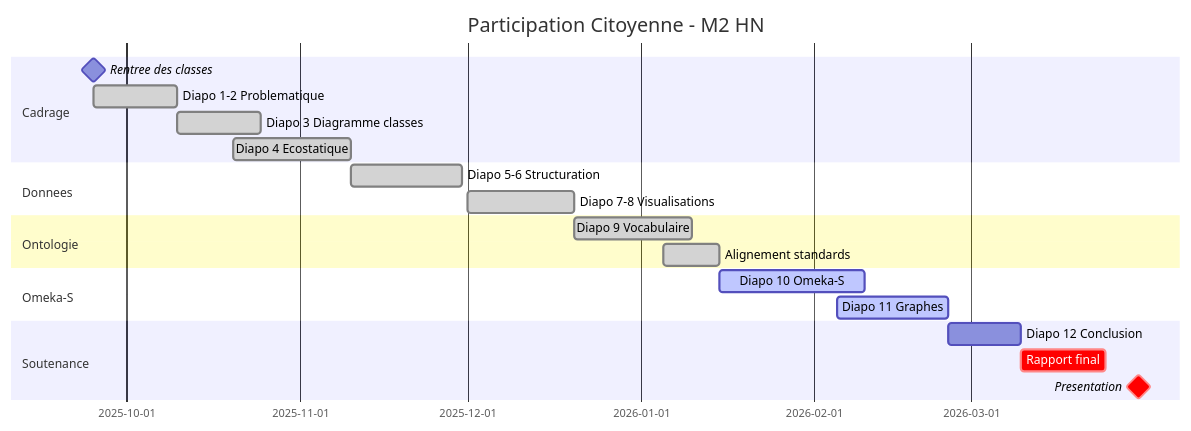
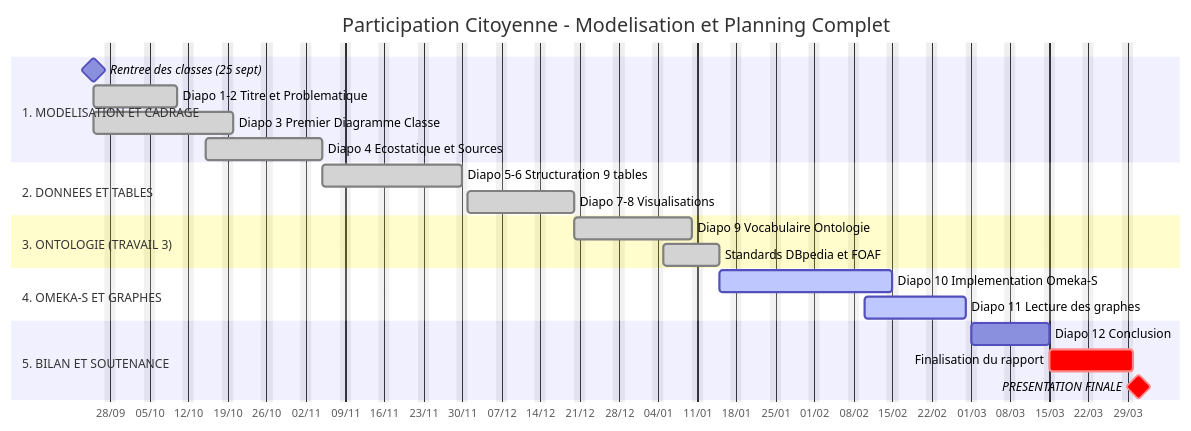
One commit to kahiarchi/LeBatiment_PlaineSaintDenis changed the diagram in etatAvancement.md. Above: the diagram before and after it, drawn with Mermaid.

````diff
--- a/etatAvancement.md
+++ b/etatAvancement.md
@@ -1,30 +1,33 @@
 ```mermaid
 gantt
     dateFormat  YYYY-MM-DD
-    title Participation Citoyenne - M2 HN
-    
-    section Cadrage
-    Rentree des classes         :milestone, m1, 2025-09-25, 0d
-    Diapo 1-2 Problematique     :done, t1, 2025-09-25, 2025-10-10
-    Diapo 3 Diagramme classes   :done, t2, 2025-10-10, 2025-10-25
-    Diapo 4 Ecostatique         :done, t3, 2025-10-20, 2025-11-10
+    title Participation Citoyenne - Modelisation et Planning Complet
+    axisFormat  %d/%m
+    tickInterval 1week
+    excludes    weekends
 
-    section Donnees
-    Diapo 5-6 Structuration     :done, t4, 2025-11-10, 2025-11-30
-    Diapo 7-8 Visualisations    :done, t5, 2025-12-01, 2025-12-20
+    section 1. MODELISATION ET CADRAGE
+    Rentree des classes (25 sept)    :milestone, m1, 2025-09-25, 0d
+    Diapo 1-2 Titre et Problematique :done, t1, 2025-09-25, 2025-10-10
+    Diapo 3 Premier Diagramme Classe :done, t2, 2025-09-25, 2025-10-20
+    Diapo 4 Ecostatique et Sources   :done, t3, 2025-10-15, 2025-11-05
 
-    section Ontologie
-    Diapo 9 Vocabulaire         :done, t6, 2025-12-20, 2026-01-10
-    Alignement standards        :done, t7, 2026-01-05, 2026-01-15
+    section 2. DONNEES ET TABLES
+    Diapo 5-6 Structuration 9 tables :done, t4, 2025-11-05, 2025-11-30
+    Diapo 7-8 Visualisations         :done, t5, 2025-12-01, 2025-12-20
 
-    section Omeka-S
-    Diapo 10 Omeka-S            :active, t8, 2026-01-15, 2026-02-10
-    Diapo 11 Graphes            :active, t9, 2026-02-05, 2026-02-25
+    section 3. ONTOLOGIE (TRAVAIL 3)
+    Diapo 9 Vocabulaire Ontologie    :done, t6, 2025-12-20, 2026-01-10
+    Standards DBpedia et FOAF        :done, t7, 2026-01-05, 2026-01-15
 
-    section Soutenance
-    Diapo 12 Conclusion         :t10, 2026-02-25, 2026-03-10
-    Rapport final               :crit, t11, 2026-03-10, 2026-03-25
-    Presentation                :crit, milestone, 2026-03-31, 0d
+    section 4. OMEKA-S ET GRAPHES
+    Diapo 10 Implementation Omeka-S  :active, t8, 2026-01-15, 2026-02-15
+    Diapo 11 Lecture des graphes     :active, t9, 2026-02-10, 2026-02-28
+
+    section 5. BILAN ET SOUTENANCE
+    Diapo 12 Conclusion              :t10, 2026-03-01, 2026-03-15
+    Finalisation du rapport          :crit, t11, 2026-03-15, 2026-03-30
+    PRESENTATION FINALE              :crit, milestone, 2026-03-31, 0d
 
 
 ```
````
